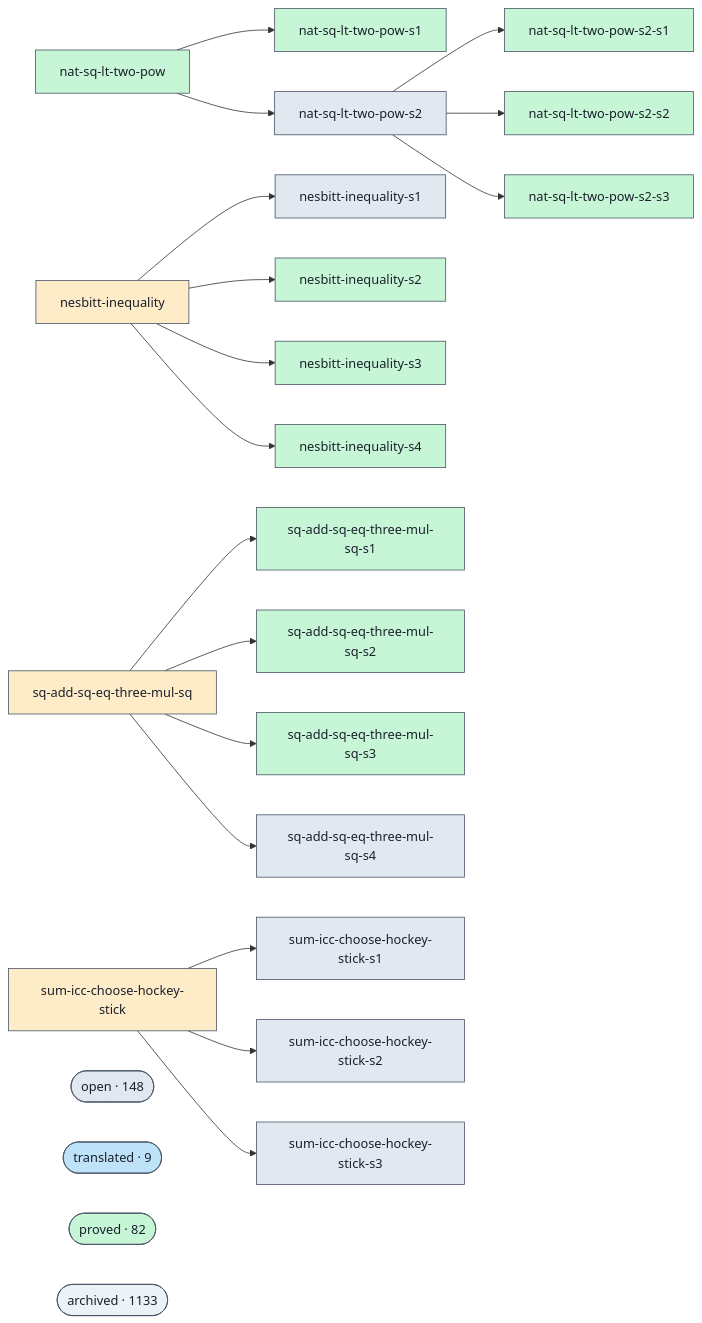
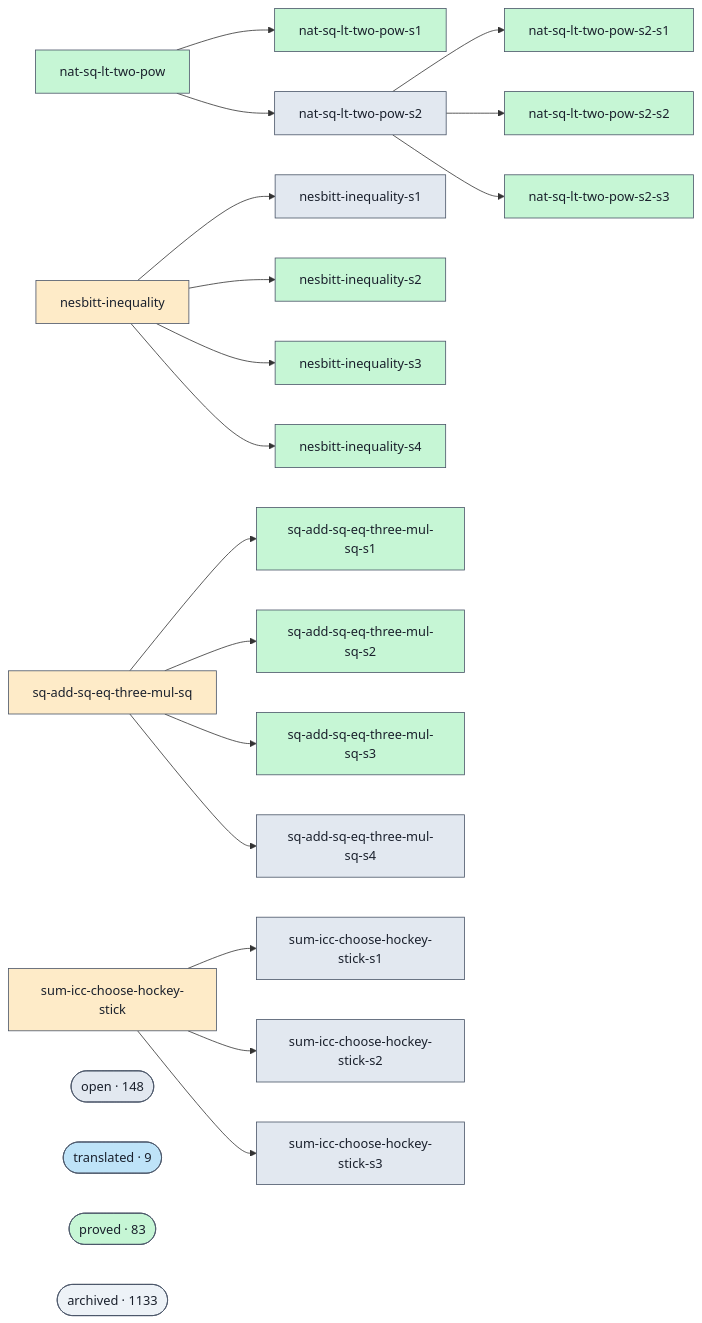
One commit to ohdearquant/unsorry changed the diagram in docs/proofs-contributors-visualisation.md. Above: the diagram before and after it, drawn with Mermaid. The commit also changed other lines of this file and 2 other files, not shown here.

```diff
--- a/docs/proofs-contributors-visualisation.md
+++ b/docs/proofs-contributors-visualisation.md
@@ -102,7 +102,7 @@
   class cluster_open open;
   cluster_translated(["translated · 9"])
   class cluster_translated translated;
-  cluster_proved(["proved · 82"])
+  cluster_proved(["proved · 83"])
   class cluster_proved proved;
   cluster_archived(["archived · 1133"])
   class cluster_archived unknown;
```
